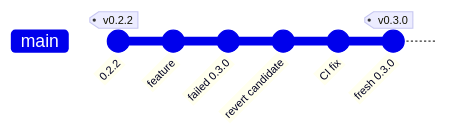
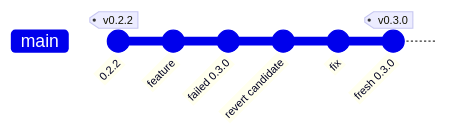
Before and after one commit to jkuball/presswerk: the fifth of 6 diagrams in docs/site/src/content/docs/guide/model.md, drawn with Mermaid. The commit also changed other lines of this file, not shown here.

Commit message:
📝 (docs): Tie the master record to the release commit in the release model

````diff
--- a/docs/site/src/content/docs/guide/model.md
+++ b/docs/site/src/content/docs/guide/model.md
@@ -107,9 +107,9 @@
 ```mermaid Reverting a failed untagged candidate restores the previous version, after which a fix can lead to a fresh release commit.
 gitGraph
   commit id: "0.2.2" tag: "v0.2.2"
   commit id: "feature"
   commit id: "failed 0.3.0"
   commit id: "revert candidate"
-  commit id: "CI fix"
+  commit id: "fix"
   commit id: "fresh 0.3.0" tag: "v0.3.0"
 ```
````
